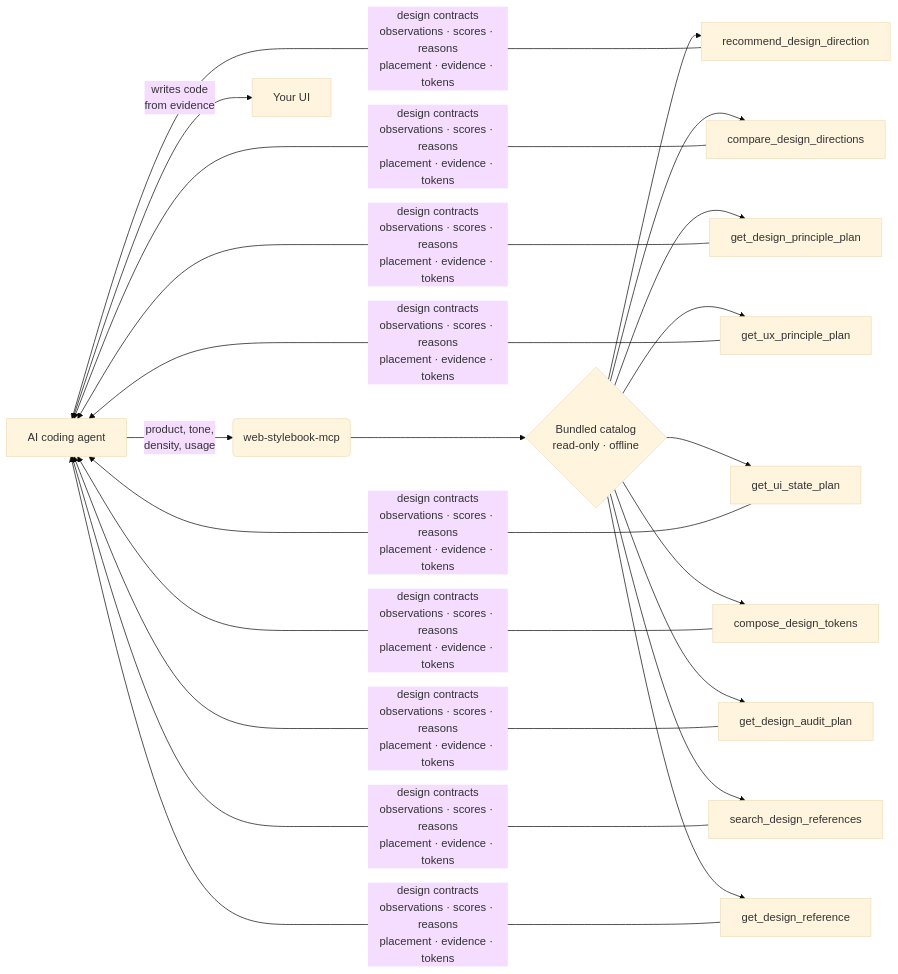
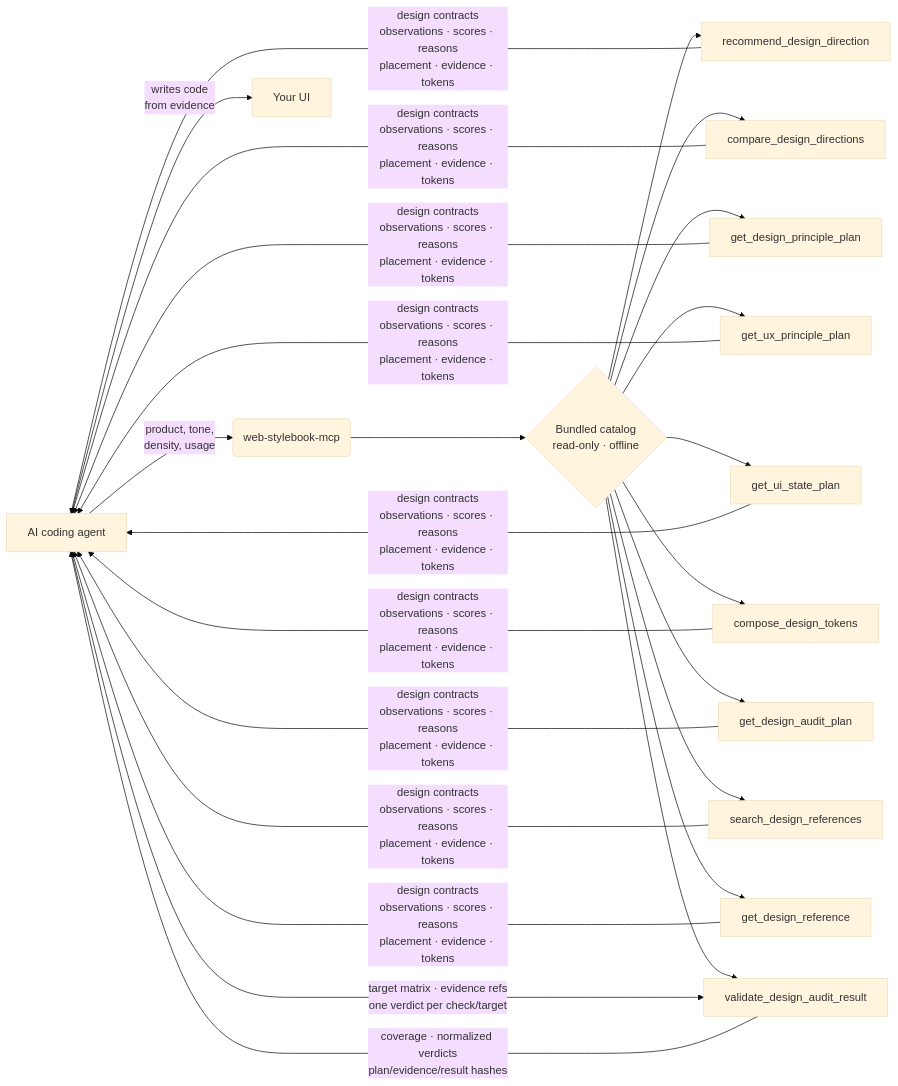
One commit to seungdori/web-stylebook-mcp changed the diagram in README.md. Above: the diagram before and after it, drawn with Mermaid (base theme). The commit also changed other lines of this file and 19 other files, not shown here.

Commit message:
feat: validate evidence-backed audit results

````diff
--- a/README.md
+++ b/README.md
@@ -109,16 +109,19 @@
 ```mermaid
 flowchart LR
     A[AI coding agent] -->|product, tone,<br/>density, usage| B(web-stylebook-mcp)
     B --> C{Bundled catalog<br/>read-only · offline}
     C --> D[recommend_design_direction]
     C --> E[compare_design_directions]
     C --> F[get_design_principle_plan]
     C --> G[get_ux_principle_plan]
     C --> H[get_ui_state_plan]
     C --> I[compose_design_tokens]
     C --> J[get_design_audit_plan]
     C --> K[search_design_references]
     C --> L[get_design_reference]
+    C --> M[validate_design_audit_result]
     D & E & F & G & H & I & J & K & L -->|design contracts<br/>observations · scores · reasons<br/>placement · evidence · tokens| A
+    A -->|target matrix · evidence refs<br/>one verdict per check/target| M
+    M -->|coverage · normalized verdicts<br/>plan/evidence/result hashes| A
     A -->|writes code<br/>from evidence| Z[Your UI]
 ```
````
